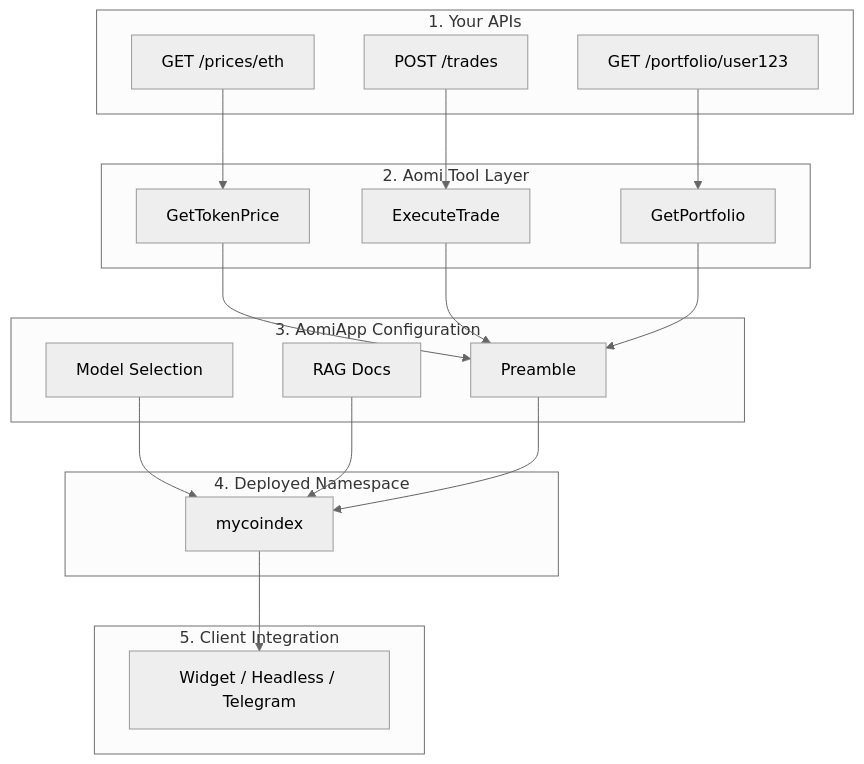
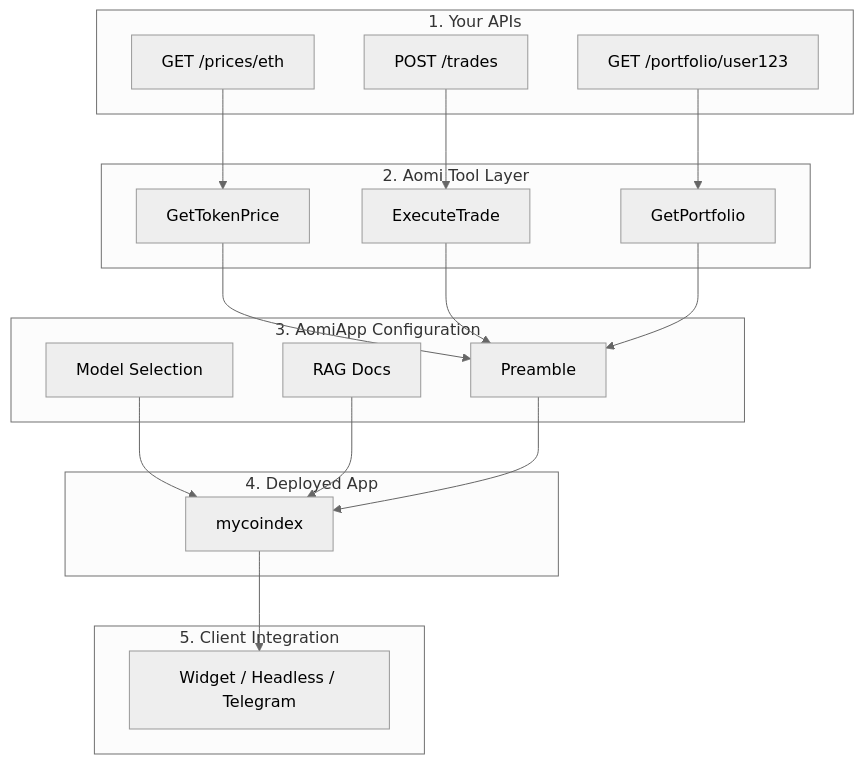
The first of 2 diagrams in apps/landing/content/guides/build/how-it-works.mdx (aomi-labs/aomi-widget), drawn with Mermaid (neutral theme) before and after one commit. The commit also changed other lines of this file and 24 other files, not shown here.

````diff
--- a/apps/landing/content/guides/build/how-it-works.mdx
+++ b/apps/landing/content/guides/build/how-it-works.mdx
@@ -12,41 +12,41 @@
 ```mermaid
 flowchart TB
     subgraph "1. Your APIs"
         API1[GET /prices/eth]
         API2[POST /trades]
         API3[GET /portfolio/user123]
     end
 
     subgraph "2. Aomi Tool Layer"
         T1[GetTokenPrice]
         T2[ExecuteTrade]
         T3[GetPortfolio]
     end
 
     subgraph "3. AomiApp Configuration"
         PREAMBLE[Preamble]
         MODEL[Model Selection]
         RAG[RAG Docs]
     end
 
-    subgraph "4. Deployed Namespace"
+    subgraph "4. Deployed App"
         NS[mycoindex]
     end
 
     subgraph "5. Client Integration"
         WIDGET[Widget / Headless / Telegram]
     end
 
     API1 --> T1
     API2 --> T2
     API3 --> T3
 
     T1 --> PREAMBLE
     T2 --> PREAMBLE
     T3 --> PREAMBLE
     MODEL --> NS
     RAG --> NS
     PREAMBLE --> NS
 
     NS --> WIDGET
 ```
````
